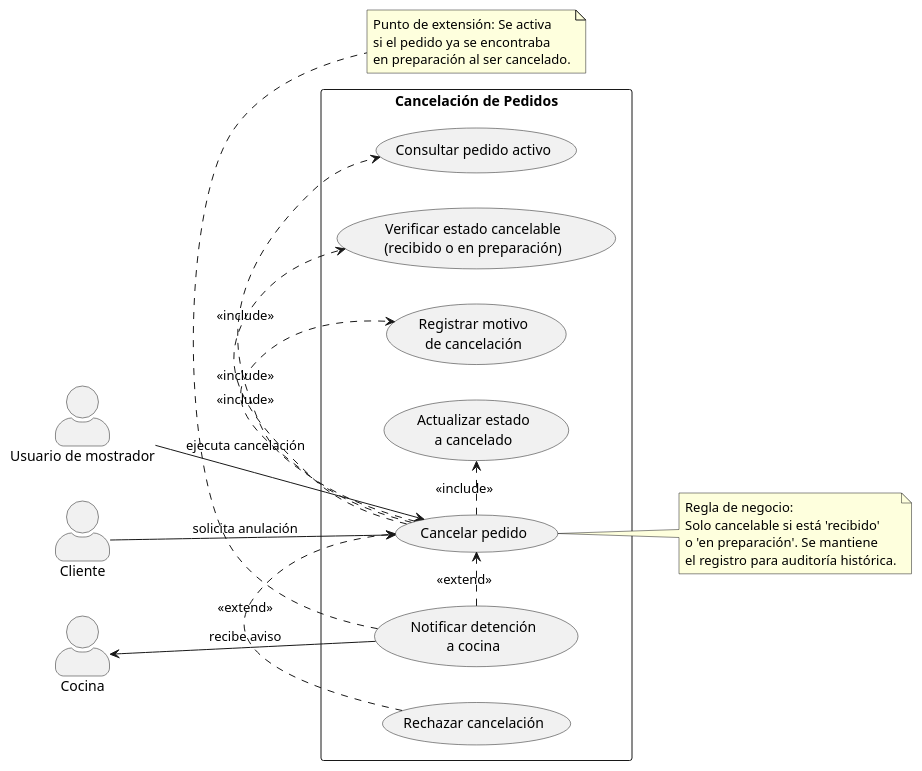
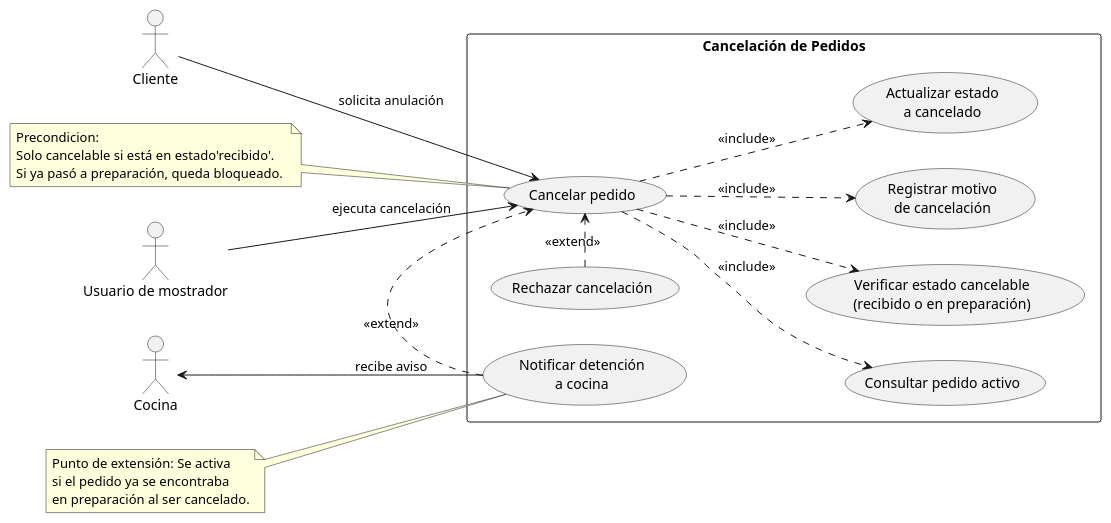
The diagram in diagramas/02-casos-de-uso/02-cancelar-pedido.puml (cmariano93-netizen/SistemaPedidos), drawn with PlantUML before and after one commit. The commit also changed 13 other files, not shown here.

```diff
--- a/diagramas/02-casos-de-uso/02-cancelar-pedido.puml
+++ b/diagramas/02-casos-de-uso/02-cancelar-pedido.puml
@@ -1,45 +1,41 @@
 @startuml
 left to right direction
-skinparam packageStyle rectangle
-skinparam shadowing false
-skinparam actorStyle awesome
 
 actor "Usuario de mostrador" as Mostrador
 actor "Cliente" as Cliente
 actor "Cocina" as Cocina
 
 rectangle "Cancelación de Pedidos" {
   usecase "Cancelar pedido" as UC_Cancelar
   usecase "Consultar pedido activo" as UC_Consultar
   usecase "Verificar estado cancelable\n(recibido o en preparación)" as UC_VerificarEstado
   usecase "Registrar motivo\nde cancelación" as UC_Motivo
   usecase "Actualizar estado\na cancelado" as UC_EstadoCancelado
   usecase "Notificar detención\na cocina" as UC_NotificarCocina
   usecase "Rechazar cancelación" as UC_Rechazar
 }
 
 Cliente --> UC_Cancelar : solicita anulación
 Mostrador --> UC_Cancelar : ejecuta cancelación
 Cocina <-- UC_NotificarCocina : recibe aviso
 
-UC_Cancelar .> UC_Consultar : <<include>>
-UC_Cancelar .> UC_VerificarEstado : <<include>>
-UC_Cancelar .> UC_Motivo : <<include>>
-UC_Cancelar .> UC_EstadoCancelado : <<include>>
+UC_Cancelar -d.> UC_Consultar : <<include>>
+UC_Cancelar -d.> UC_VerificarEstado : <<include>>
+UC_Cancelar -d.> UC_Motivo : <<include>>
+UC_Cancelar -d.> UC_EstadoCancelado : <<include>>
 
 UC_NotificarCocina .> UC_Cancelar : <<extend>>
 UC_Rechazar .> UC_Cancelar : <<extend>>
 
-note right of UC_Cancelar
-  Regla de negocio:
-  Solo cancelable si está 'recibido'
-  o 'en preparación'. Se mantiene
-  el registro para auditoría histórica.
+note left of UC_Cancelar
+  Precondicion:
+  Solo cancelable si está en estado'recibido'.
+  Si ya pasó a preparación, queda bloqueado. 
 end note
 
-note bottom of UC_NotificarCocina
+note left of UC_NotificarCocina
   Punto de extensión: Se activa
   si el pedido ya se encontraba
   en preparación al ser cancelado.
 end note
 @enduml
```
